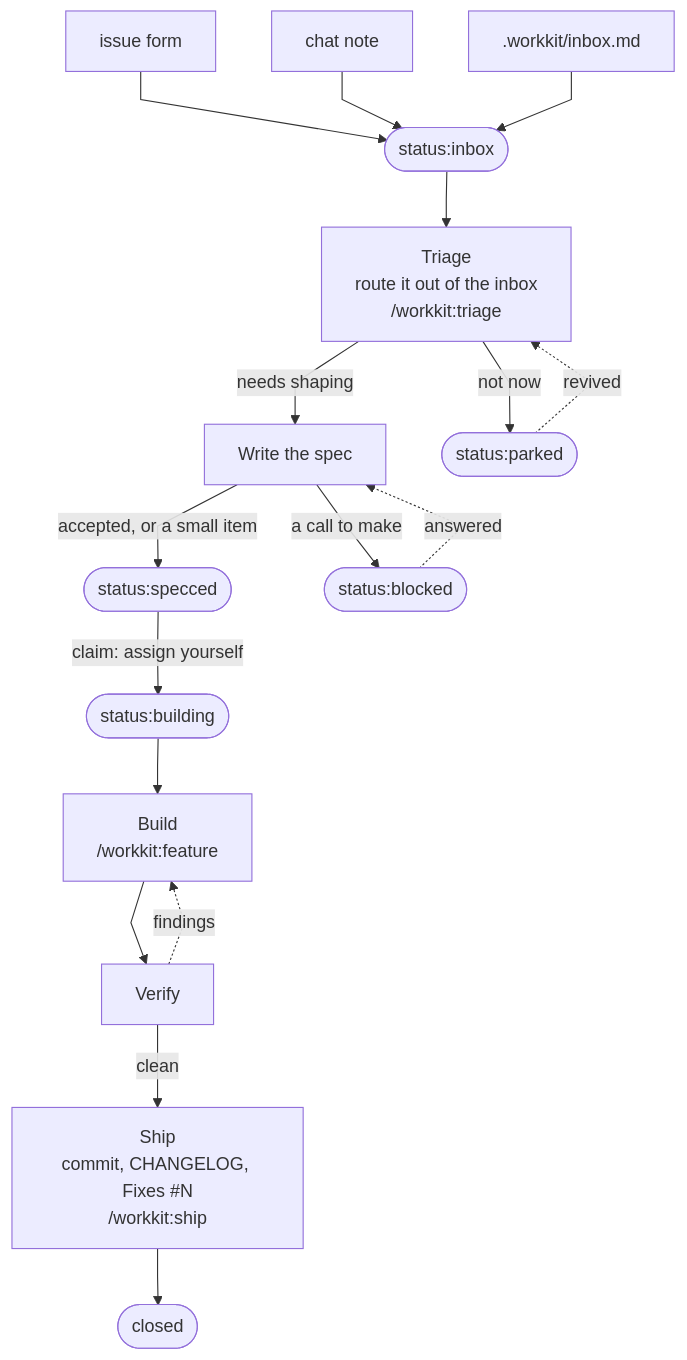
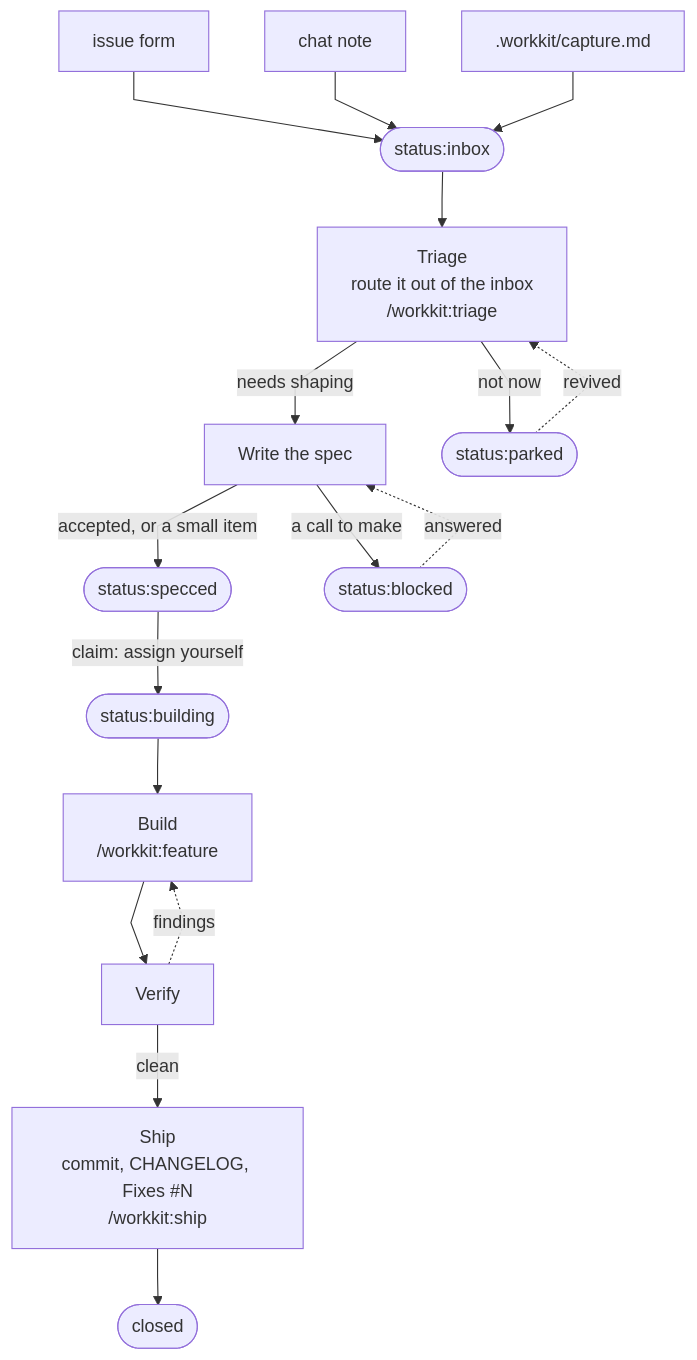
One commit to itw-creative-works/workkit changed the first of 2 diagrams in README.md. Above: the diagram before and after it, drawn with Mermaid. The commit also changed other lines of this file and 33 other files, not shown here.

First line of the commit message:
feat(workkit): split .workkit by owner — capture.md and agents/

````diff
--- a/README.md
+++ b/README.md
@@ -7,20 +7,20 @@
 ```mermaid
 %%{init: {"flowchart": {"curve": "linear"}}}%%
 flowchart TB
     Form["issue form"] --> Inbox([status:inbox])
     Note["chat note"] --> Inbox
-    File[".workkit/inbox.md"] --> Inbox
+    File[".workkit/capture.md"] --> Inbox
     Inbox --> Triage["Triage<br>route it out of the inbox<br>/workkit:triage"]
     Triage -->|needs shaping| Spec["Write the spec"]
     Triage -->|not now| Parked([status:parked])
     Parked -.->|revived| Triage
     Spec -->|accepted, or a small item| Specced([status:specced])
     Spec -->|a call to make| Blocked([status:blocked])
     Blocked -.->|answered| Spec
     Specced -->|claim: assign yourself| Building([status:building])
     Building --> Build["Build<br>/workkit:feature"]
     Build --> Verify["Verify"]
     Verify -.->|findings| Build
     Verify -->|clean| Ship["Ship<br>commit, CHANGELOG, Fixes #N<br>/workkit:ship"]
     Ship --> Closed([closed])
 ```
````
